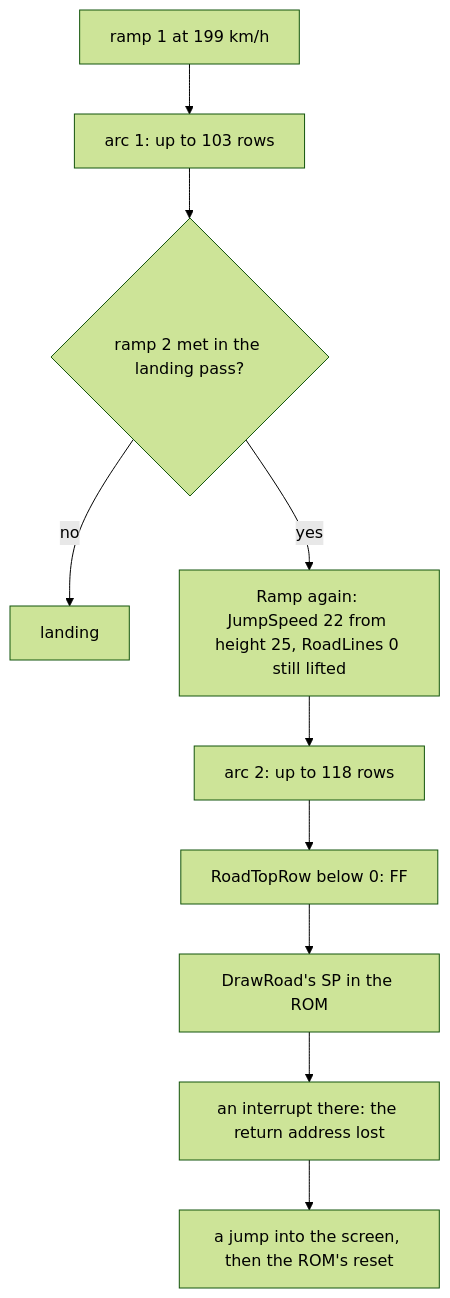
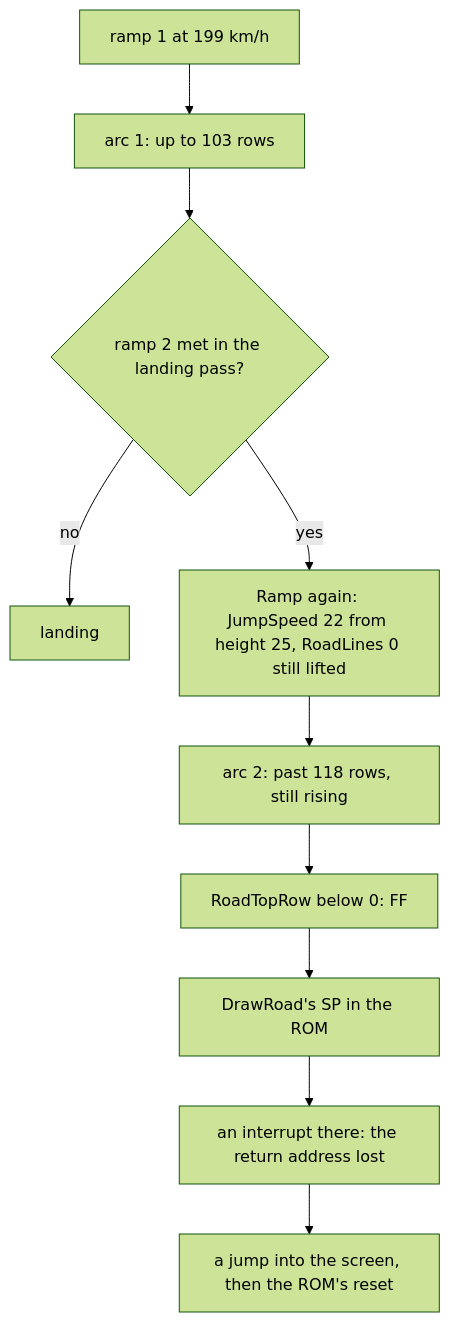
Before and after one commit to alfishe/unrealng-reverse-cases: diagram 13 of 14 in games/enduro-racer/docs/10-gameplay-logic.md, drawn with Mermaid (forest theme). The commit also changed other lines of this file and 24 other files, not shown here.

````diff
--- a/games/enduro-racer/docs/10-gameplay-logic.md
+++ b/games/enduro-racer/docs/10-gameplay-logic.md
@@ -1524,12 +1526,12 @@
 ```mermaid
 flowchart TD
     A["ramp 1 at 199 km/h"] --> B["arc 1: up to 103 rows"]
     B --> C{"ramp 2 met in the landing pass?"}
     C -- no --> D["landing"]
     C -- yes --> E["Ramp again: JumpSpeed 22 from height 25, RoadLines 0 still lifted"]
-    E --> F["arc 2: up to 118 rows"]
+    E --> F["arc 2: past 118 rows, still rising"]
     F --> G["RoadTopRow below 0: FF"]
     G --> H["DrawRoad's SP in the ROM"]
     H --> I["an interrupt there: the return address lost"]
     I --> J["a jump into the screen, then the ROM's reset"]
 ```
````
